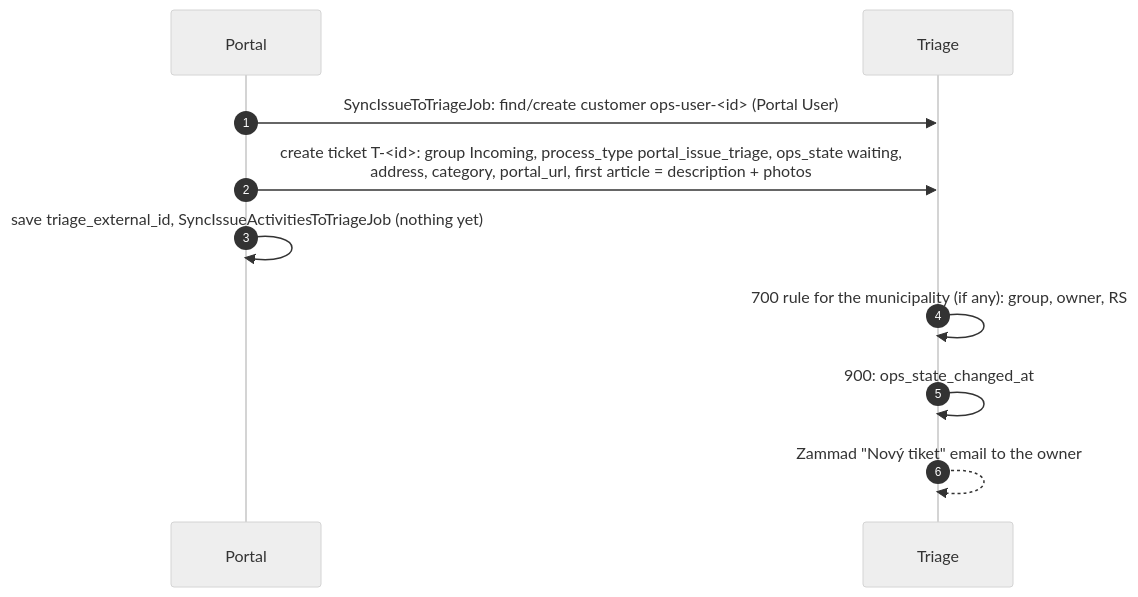
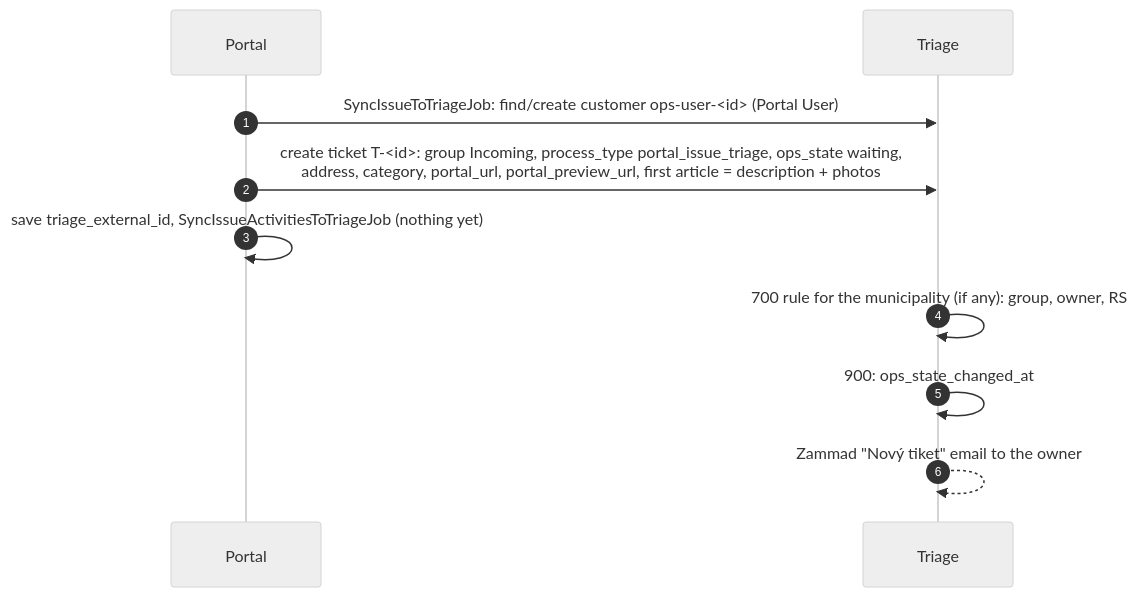
One commit to slovensko-digital/ops-portal changed the second of 3 diagrams in docs/how-it-works/03-submission-and-triage.md. Above: the diagram before and after it, drawn with Mermaid (neutral theme). The commit also changed other lines of this file and 18 other files, not shown here.

````diff
--- a/docs/how-it-works/03-submission-and-triage.md
+++ b/docs/how-it-works/03-submission-and-triage.md
@@ -31,12 +31,12 @@
 ```mermaid
 sequenceDiagram
   autonumber
   participant P as Portal
   participant TZ as Triage
   P->>TZ: SyncIssueToTriageJob: find/create customer ops-user-<id> (Portal User)
-  P->>TZ: create ticket T-<id>: group Incoming, process_type portal_issue_triage, ops_state waiting,<br/>address, category, portal_url, first article = description + photos
+  P->>TZ: create ticket T-<id>: group Incoming, process_type portal_issue_triage, ops_state waiting,<br/>address, category, portal_url, portal_preview_url, first article = description + photos
   P->>P: save triage_external_id, SyncIssueActivitiesToTriageJob (nothing yet)
   TZ->>TZ: 700 rule for the municipality (if any): group, owner, RS
   TZ->>TZ: 900: ops_state_changed_at
   TZ-->>TZ: Zammad "Nový tiket" email to the owner
 ```
````
